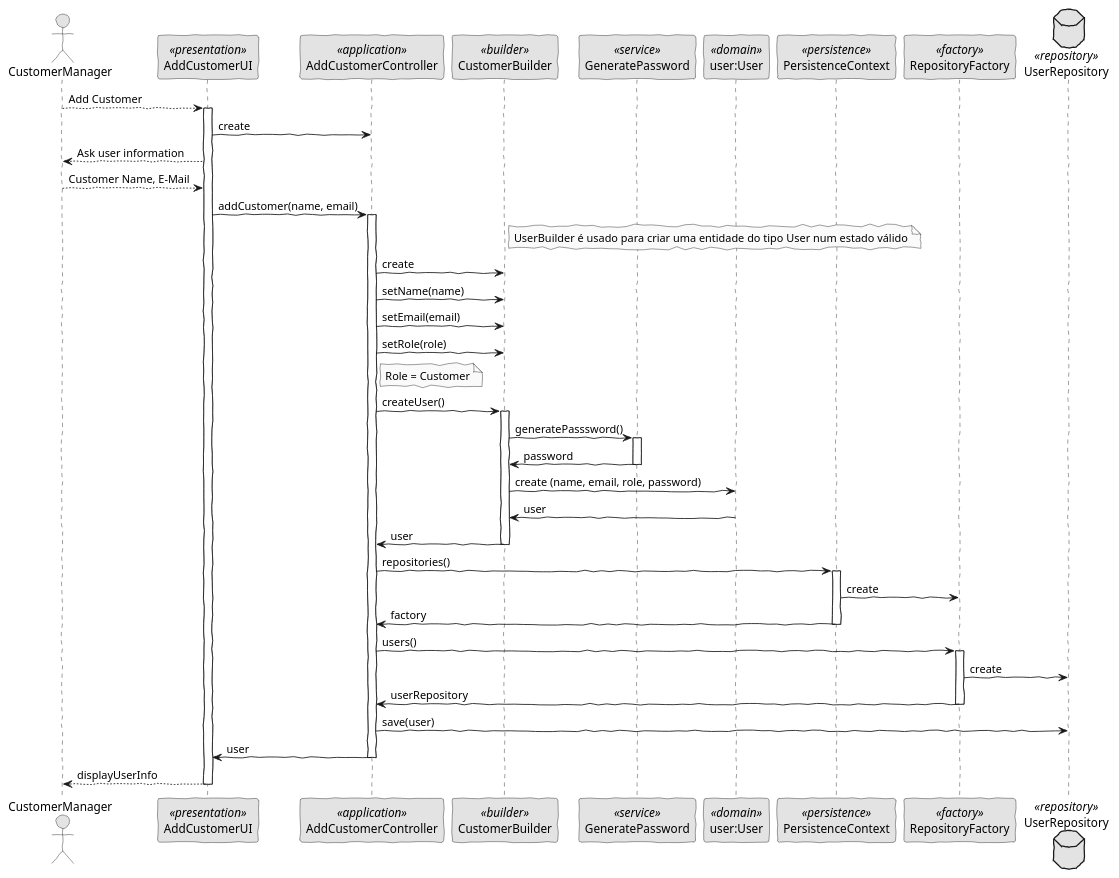
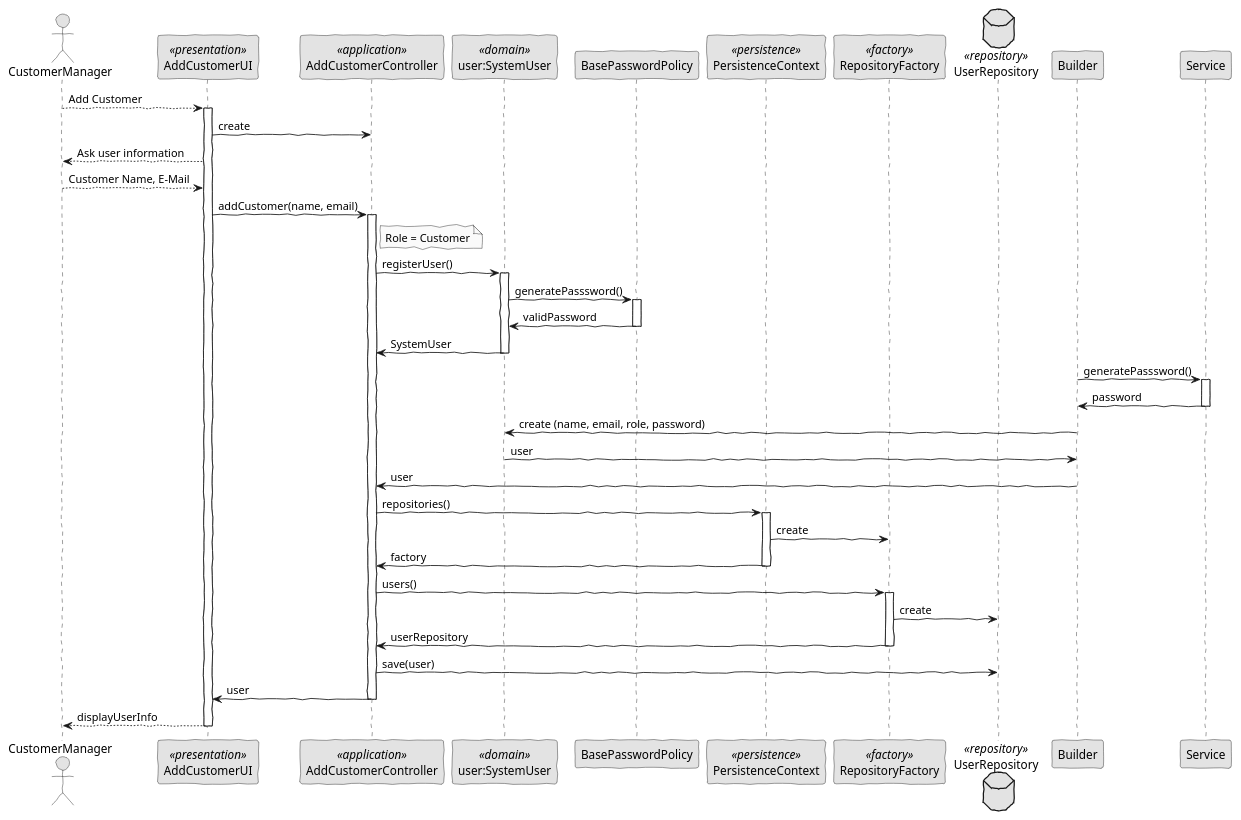
One commit to JoelBrunoFerreira/isep-lapr4 changed the diagram in docs/US_Sprint_B/US1001/AddUser.puml. Above: the diagram before and after it, drawn with PlantUML. The commit also changed 4 other files, not shown here.

```diff
--- a/docs/US_Sprint_B/US1001/AddUser.puml
+++ b/docs/US_Sprint_B/US1001/AddUser.puml
@@ -1,68 +1,71 @@
 @startuml
 'http://plantuml.com/skinparam.html
 skinparam handwritten true
 skinparam monochrome true
 skinparam packageStyle rect
 skinparam defaultFontName FG Virgil
 skinparam shadowing false
 
 actor CustomerManager as Actor
 participant AddCustomerUI as UI <<presentation>>
 participant AddCustomerController as Controller <<application>>
-participant CustomerBuilder as Builder <<builder>>
-participant GeneratePassword as Service <<service>>
-participant "user:User" as Domain <<domain>>
+participant "user:SystemUser" as Domain <<domain>>
+participant BasePasswordPolicy as PassService
+
 participant PersistenceContext as Persistence <<persistence>>
 participant RepositoryFactory as Factory <<factory>>
 database UserRepository as Repository <<repository>>
 
 Actor --> UI: Add Customer
 activate UI
     UI -> Controller: create
     UI --> Actor: Ask user information
     Actor --> UI: Customer Name, E-Mail
 
 
     UI -> Controller: addCustomer(name, email)
     activate Controller
-        note right of Builder:UserBuilder é usado para criar uma entidade do tipo User num estado válido
-        Controller -> Builder: create
-        Controller -> Builder:setName(name)
-        Controller -> Builder:setEmail(email)
-        Controller -> Builder:setRole(role)
+
 
         note right of Controller: Role = Customer
 
+        Controller -> Domain: registerUser()
+            activate Domain
+                Domain-> PassService: generatePasssword()
+                activate PassService
+                    PassService -> Domain: validPassword
+                deactivate PassService
+            Domain -> Controller: SystemUser
+            deactivate Domain
 
 
-        Controller -> Builder:createUser()
-        activate Builder
+
         Builder -> Service: generatePasssword()
             activate Service
             Service -> Builder: password
             deactivate Service
             Builder -> Domain: create (name, email, role, password)
             Domain->Builder: user
             Builder -> Controller:user
         deactivate Builder
 
         Controller -> Persistence: repositories()
         activate Persistence
 
             Persistence -> Factory: create
             Persistence -> Controller: factory
         deactivate Persistence
 
         Controller -> Factory: users()
         activate Factory
             Factory -> Repository: create
             Factory -> Controller: userRepository
         deactivate Factory
 
         Controller->Repository:save(user)
         Controller->UI: user
     deactivate Controller
 
         UI-->Actor: displayUserInfo
 deactivate UI
 @enduml
```
